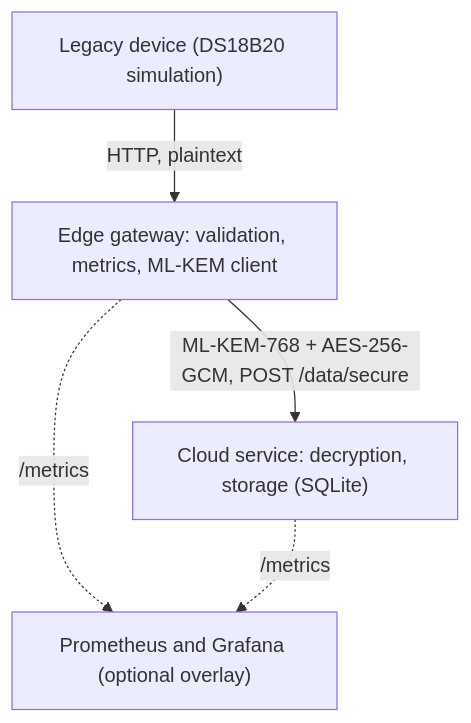
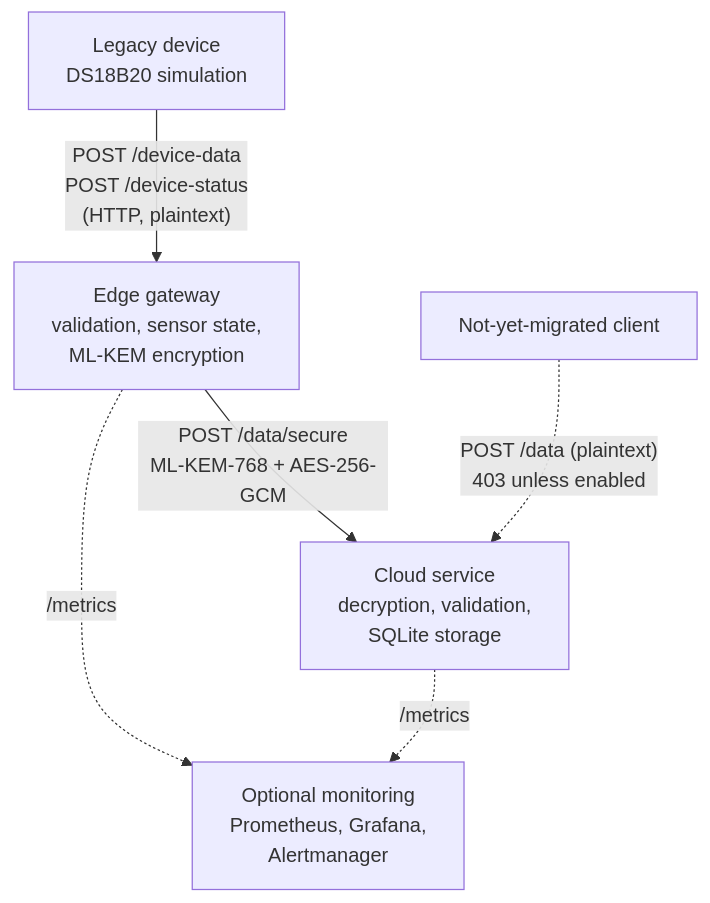
One commit to stanleyrihak/software-maintenance-project--documentation changed the diagram in diagrams/architecture.mmd. Above: the diagram before and after it, drawn with Mermaid. The commit also changed 22 other files, not shown here.

```diff
--- a/diagrams/architecture.mmd
+++ b/diagrams/architecture.mmd
@@ -1,5 +1,6 @@
 flowchart TB
-    D["Legacy device (DS18B20 simulation)"] -- "HTTP, plaintext" --> G["Edge gateway: validation, metrics, ML-KEM client"]
-    G -- "ML-KEM-768 + AES-256-GCM, POST /data/secure" --> C["Cloud service: decryption, storage (SQLite)"]
-    G -. "/metrics" .-> P["Prometheus and Grafana (optional overlay)"]
+    D["Legacy device<br/>DS18B20 simulation"] -- "POST /device-data<br/>POST /device-status<br/>(HTTP, plaintext)" --> G["Edge gateway<br/>validation, sensor state,<br/>ML-KEM encryption"]
+    G -- "POST /data/secure<br/>ML-KEM-768 + AES-256-GCM" --> C["Cloud service<br/>decryption, validation,<br/>SQLite storage"]
+    L["Not-yet-migrated client"] -. "POST /data (plaintext)<br/>403 unless enabled" .-> C
+    G -. "/metrics" .-> P["Optional monitoring<br/>Prometheus, Grafana,<br/>Alertmanager"]
     C -. "/metrics" .-> P
```
